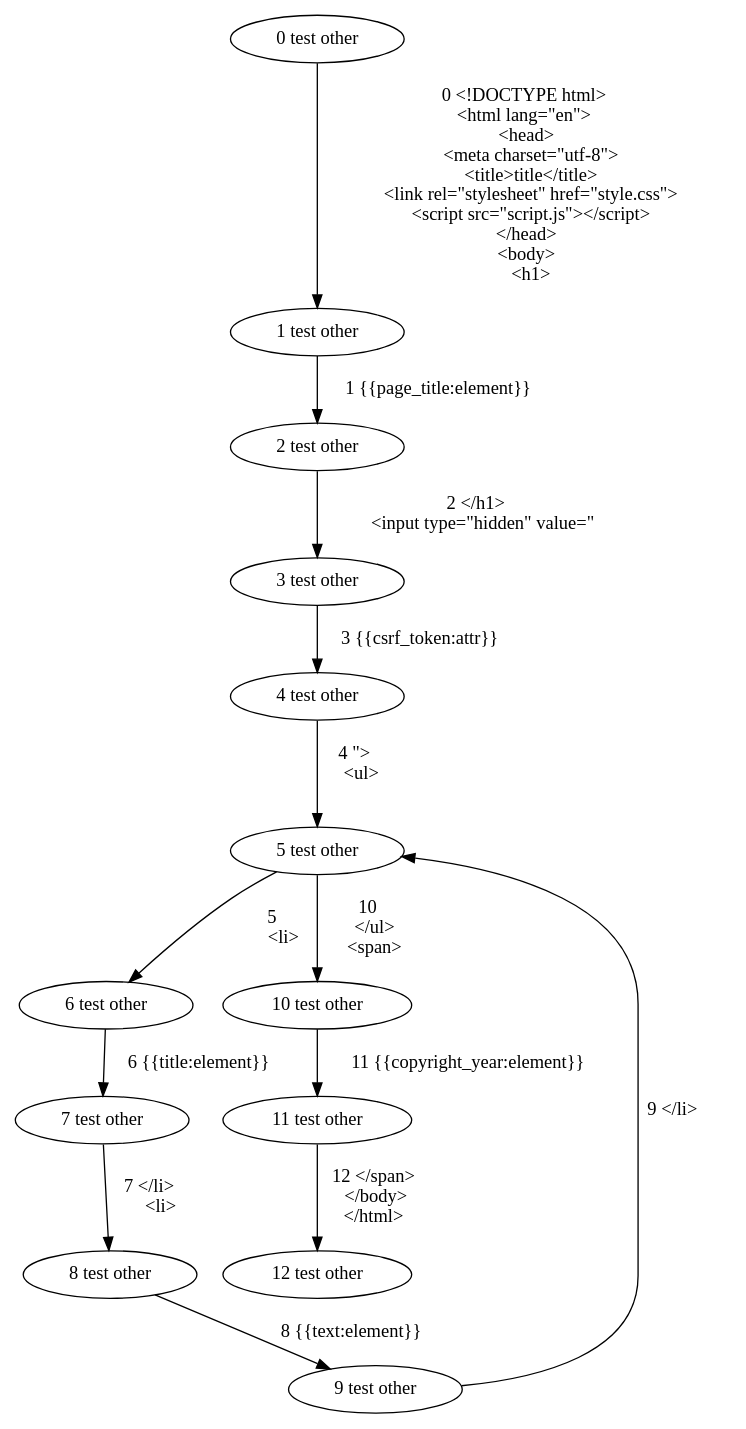
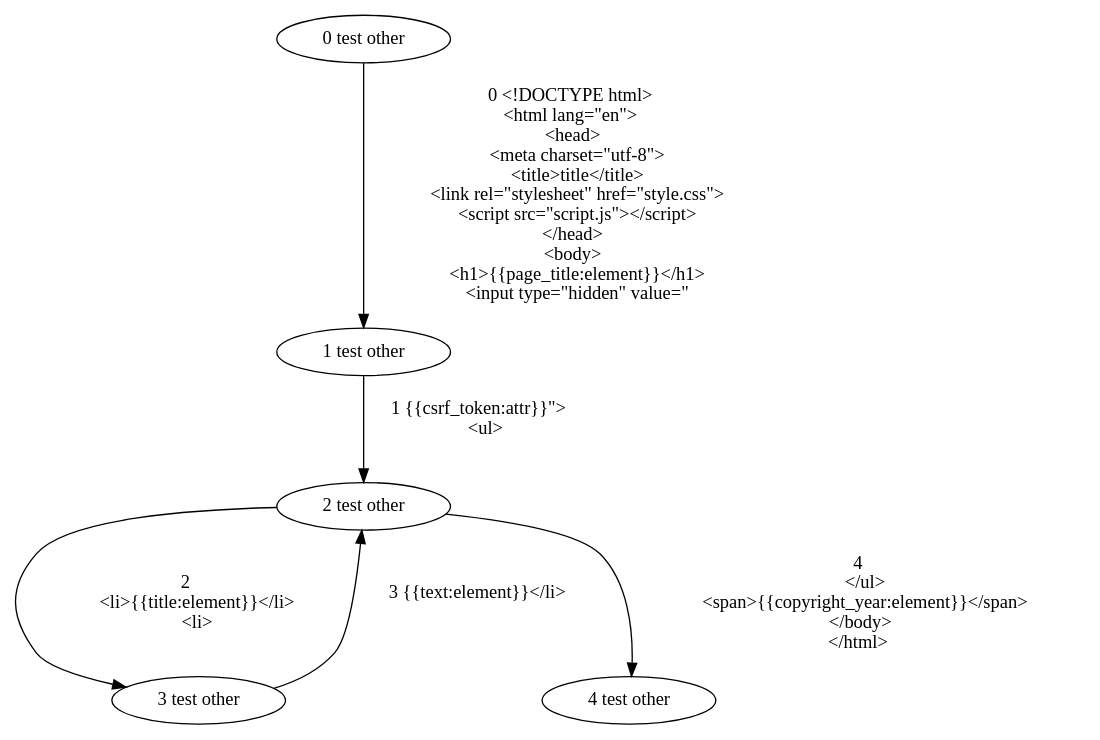
One commit to mohe2015/zero-cost-templating changed the diagram in zero-cost-templating/test.dot. Above: the diagram before and after it, drawn with Graphviz. The commit also changed 2 other files, not shown here.

Commit message:
Shorten graph transitions

```diff
--- a/zero-cost-templating/test.dot
+++ b/zero-cost-templating/test.dot
@@ -1,47 +1,31 @@
 digraph {
     0 [ label = "0 test other"]
     1 [ label = "1 test other"]
     2 [ label = "2 test other"]
     3 [ label = "3 test other"]
     4 [ label = "4 test other"]
-    5 [ label = "5 test other"]
-    6 [ label = "6 test other"]
-    7 [ label = "7 test other"]
-    8 [ label = "8 test other"]
-    9 [ label = "9 test other"]
-    10 [ label = "10 test other"]
-    11 [ label = "11 test other"]
-    12 [ label = "12 test other"]
     0 -> 1 [ label = "0 <!DOCTYPE html>
 <html lang=\"en\">
   <head>
     <meta charset=\"utf-8\">
     <title>title</title>
     <link rel=\"stylesheet\" href=\"style.css\">
     <script src=\"script.js\"></script>
   </head>
   <body>
-    <h1>"]
-    1 -> 2 [ label = "1 {{page_title:element}}"]
-    2 -> 3 [ label = "2 </h1>
+    <h1>{{page_title:element}}</h1>
     <input type=\"hidden\" value=\""]
-    3 -> 4 [ label = "3 {{csrf_token:attr}}"]
-    4 -> 5 [ label = "4 \">
+    1 -> 2 [ label = "1 {{csrf_token:attr}}\">
     <ul>
     "]
-    5 -> 6 [ label = "5 
+    2 -> 3 [ label = "2 
+      <li>{{title:element}}</li>
       <li>"]
-    6 -> 7 [ label = "6 {{title:element}}"]
-    7 -> 8 [ label = "7 </li>
-      <li>"]
-    8 -> 9 [ label = "8 {{text:element}}"]
-    9 -> 5 [ label = "9 </li>
+    3 -> 2 [ label = "3 {{text:element}}</li>
     "]
-    5 -> 10 [ label = "10 
+    2 -> 4 [ label = "4 
     </ul>
-    <span>"]
-    10 -> 11 [ label = "11 {{copyright_year:element}}"]
-    11 -> 12 [ label = "12 </span>
+    <span>{{copyright_year:element}}</span>
   </body>
 </html>"]
 }
```
